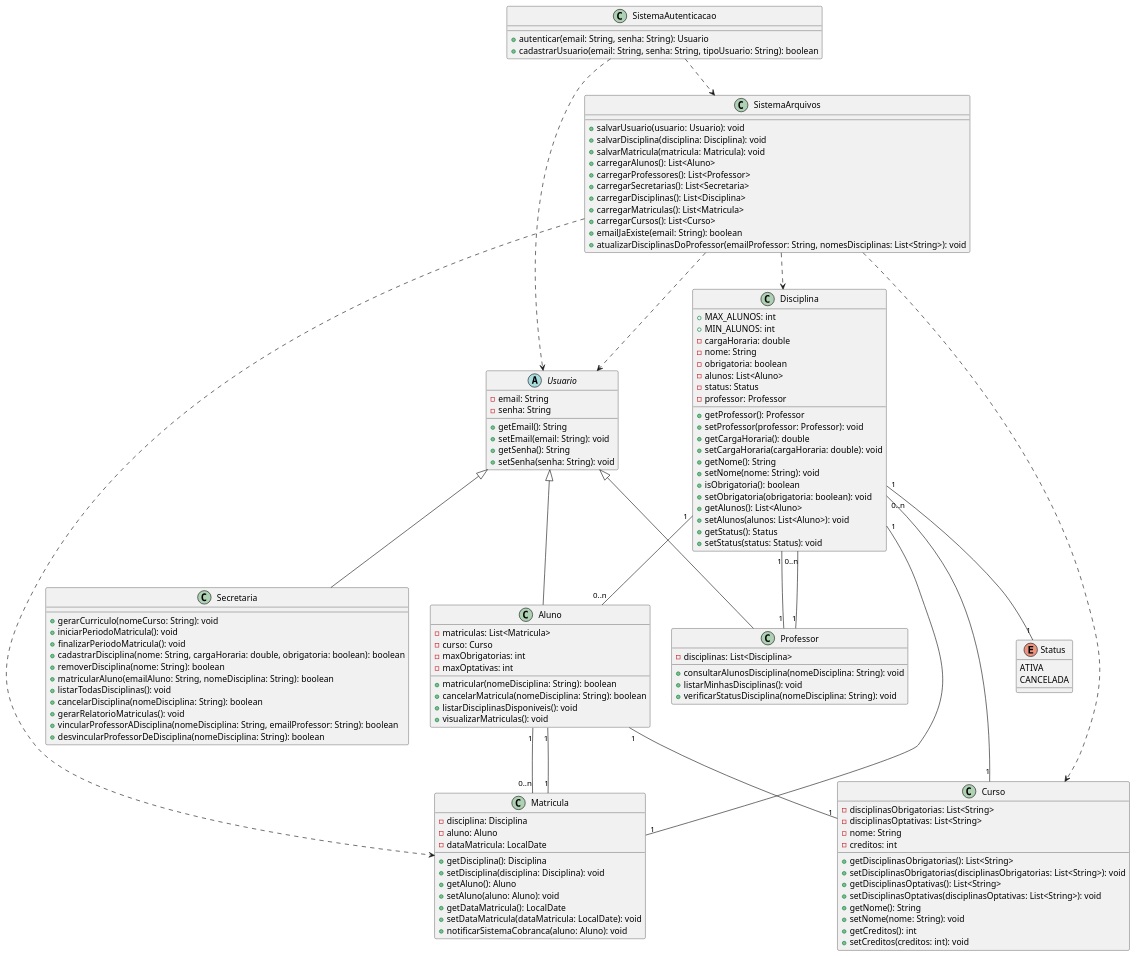
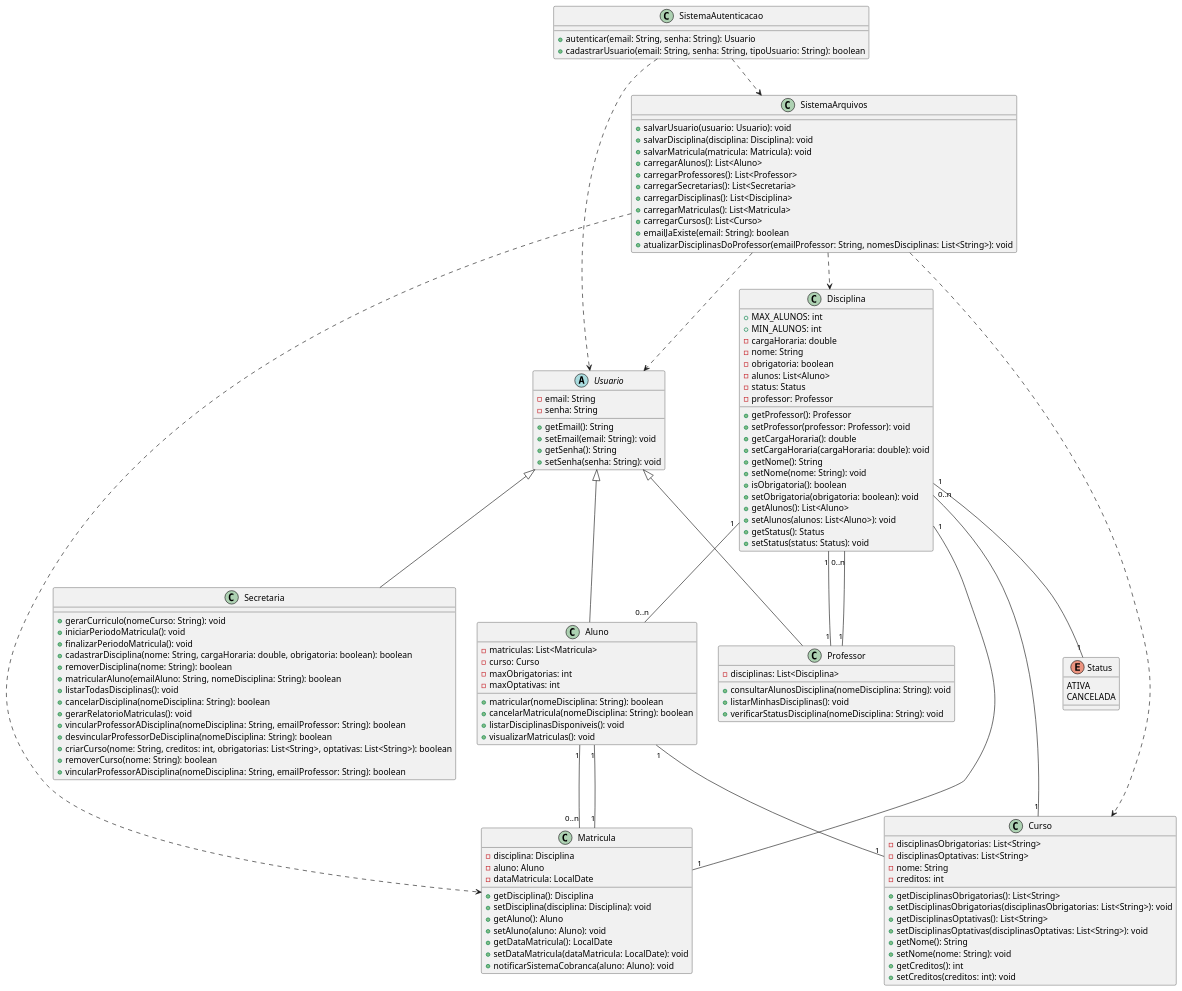
Before and after one commit to Puc-Minas-activities-organization/Sistema-de-Matricula: the diagram in project/DiagramaUML.puml, drawn with PlantUML.

Commit message:
feat: arrumando uml

```diff
--- a/project/DiagramaUML.puml
+++ b/project/DiagramaUML.puml
@@ -1,140 +1,143 @@
 @startuml
 
 enum Status {
   ATIVA
   CANCELADA
 }
 
 abstract class Usuario {
   -email: String
   -senha: String
   +getEmail(): String
   +setEmail(email: String): void
   +getSenha(): String
   +setSenha(senha: String): void
 }
 
 class Aluno {
   -matriculas: List<Matricula>
   -curso: Curso
   -maxObrigatorias: int
   -maxOptativas: int
   +matricular(nomeDisciplina: String): boolean
   +cancelarMatricula(nomeDisciplina: String): boolean
   +listarDisciplinasDisponiveis(): void
   +visualizarMatriculas(): void
 }
 
 class Professor {
   -disciplinas: List<Disciplina>
   +consultarAlunosDisciplina(nomeDisciplina: String): void
   +listarMinhasDisciplinas(): void
   +verificarStatusDisciplina(nomeDisciplina: String): void
 }
 
 class Secretaria {
   +gerarCurriculo(nomeCurso: String): void
   +iniciarPeriodoMatricula(): void
   +finalizarPeriodoMatricula(): void
   +cadastrarDisciplina(nome: String, cargaHoraria: double, obrigatoria: boolean): boolean
   +removerDisciplina(nome: String): boolean
   +matricularAluno(emailAluno: String, nomeDisciplina: String): boolean
   +listarTodasDisciplinas(): void
   +cancelarDisciplina(nomeDisciplina: String): boolean
   +gerarRelatorioMatriculas(): void
   +vincularProfessorADisciplina(nomeDisciplina: String, emailProfessor: String): boolean
   +desvincularProfessorDeDisciplina(nomeDisciplina: String): boolean
+  +criarCurso(nome: String, creditos: int, obrigatorias: List<String>, optativas: List<String>): boolean
+  +removerCurso(nome: String): boolean
+  +vincularProfessorADisciplina(nomeDisciplina: String, emailProfessor: String): boolean
 }
 
 class Disciplina {
   +MAX_ALUNOS: int
   +MIN_ALUNOS: int
   -cargaHoraria: double
   -nome: String
   -obrigatoria: boolean
   -alunos: List<Aluno>
   -status: Status
   -professor: Professor
   +getProfessor(): Professor
   +setProfessor(professor: Professor): void
   +getCargaHoraria(): double
   +setCargaHoraria(cargaHoraria: double): void
   +getNome(): String
   +setNome(nome: String): void
   +isObrigatoria(): boolean
   +setObrigatoria(obrigatoria: boolean): void
   +getAlunos(): List<Aluno>
   +setAlunos(alunos: List<Aluno>): void
   +getStatus(): Status
   +setStatus(status: Status): void
 }
 
 class Matricula {
   -disciplina: Disciplina
   -aluno: Aluno
   -dataMatricula: LocalDate
   +getDisciplina(): Disciplina
   +setDisciplina(disciplina: Disciplina): void
   +getAluno(): Aluno
   +setAluno(aluno: Aluno): void
   +getDataMatricula(): LocalDate
   +setDataMatricula(dataMatricula: LocalDate): void
   +notificarSistemaCobranca(aluno: Aluno): void
 }
 
 class Curso {
   -disciplinasObrigatorias: List<String>
   -disciplinasOptativas: List<String>
   -nome: String
   -creditos: int
   +getDisciplinasObrigatorias(): List<String>
   +setDisciplinasObrigatorias(disciplinasObrigatorias: List<String>): void
   +getDisciplinasOptativas(): List<String>
   +setDisciplinasOptativas(disciplinasOptativas: List<String>): void
   +getNome(): String
   +setNome(nome: String): void
   +getCreditos(): int
   +setCreditos(creditos: int): void
 }
 
 class SistemaAutenticacao {
   +autenticar(email: String, senha: String): Usuario
   +cadastrarUsuario(email: String, senha: String, tipoUsuario: String): boolean
 }
 
 class SistemaArquivos {
   +salvarUsuario(usuario: Usuario): void
   +salvarDisciplina(disciplina: Disciplina): void
   +salvarMatricula(matricula: Matricula): void
   +carregarAlunos(): List<Aluno>
   +carregarProfessores(): List<Professor>
   +carregarSecretarias(): List<Secretaria>
   +carregarDisciplinas(): List<Disciplina>
   +carregarMatriculas(): List<Matricula>
   +carregarCursos(): List<Curso>
   +emailJaExiste(email: String): boolean
   +atualizarDisciplinasDoProfessor(emailProfessor: String, nomesDisciplinas: List<String>): void
 }
 
 Usuario <|-- Aluno
 Usuario <|-- Professor
 Usuario <|-- Secretaria
 
 Aluno "1" -- "0..n" Matricula
 Aluno "1" -- "1" Curso
 Professor "1" -- "0..n" Disciplina
 Disciplina "1" -- "0..n" Aluno
 Disciplina "1" -- "1" Professor
 Disciplina "1" -- "1" Status
 Matricula "1" -- "1" Disciplina
 Matricula "1" -- "1" Aluno
 Curso "1" -- "0..n" Disciplina
 
 SistemaAutenticacao ..> Usuario
 SistemaAutenticacao ..> SistemaArquivos
 SistemaArquivos ..> Usuario
 SistemaArquivos ..> Disciplina
 SistemaArquivos ..> Matricula
 SistemaArquivos ..> Curso
 
 @enduml
```
